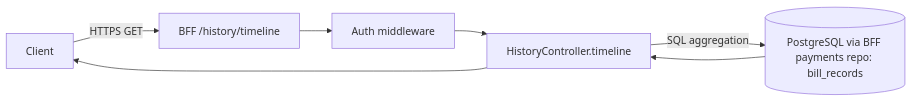
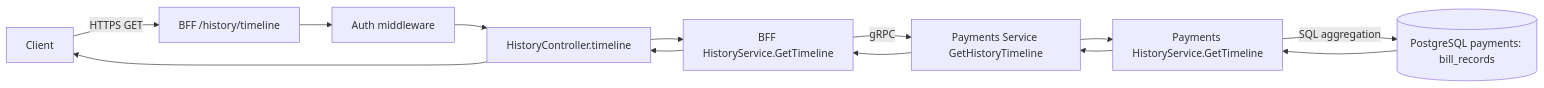
Diagram 21 of 23 in .specify/memory/bff-flows.md (ralvescosta/costa-financial-assistant), drawn with Mermaid before and after one commit. The commit also changed other lines of this file and 118 other files, not shown here.

````diff
--- a/.specify/memory/bff-flows.md
+++ b/.specify/memory/bff-flows.md
@@ -416,9 +437,11 @@
 ```mermaid
 flowchart LR
     C[Client] -->|HTTPS GET| BFF[BFF /history/timeline]
     BFF --> AUTH[Auth middleware]
     AUTH --> HC[HistoryController.timeline]
-    HC -->|SQL aggregation| HDB[(PostgreSQL via BFF payments repo: bill_records)]
-    HDB --> HC
-    HC --> C
+    HC --> SVC[BFF HistoryService.GetTimeline]
+    SVC -->|gRPC| PAY[Payments Service GetHistoryTimeline]
+    PAY --> HSVC[Payments HistoryService.GetTimeline]
+    HSVC -->|SQL aggregation| HDB[(PostgreSQL payments: bill_records)]
+    HDB --> HSVC --> PAY --> SVC --> HC --> C
 ```
````
